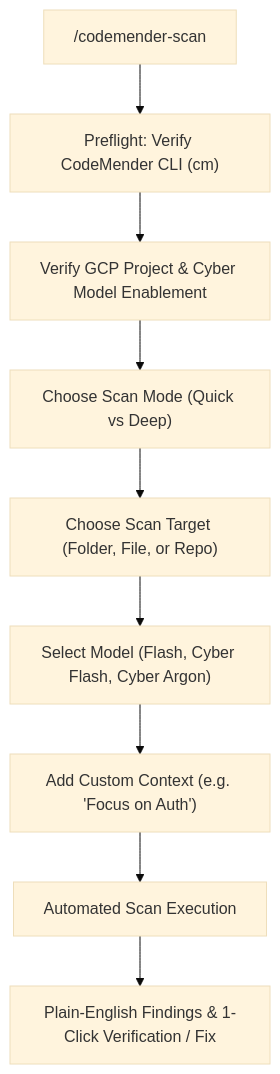
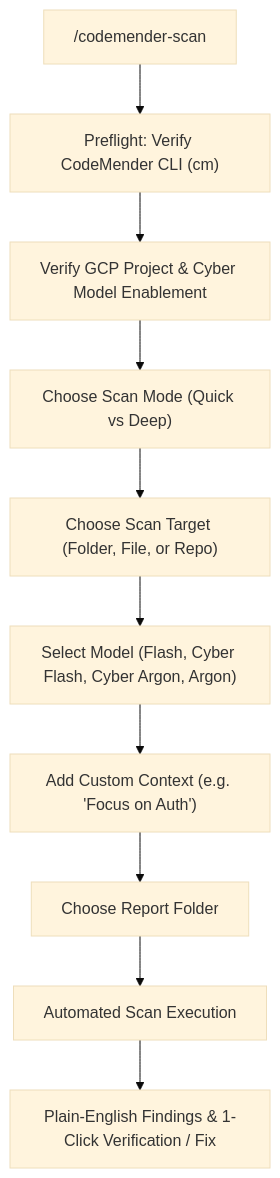
One commit to mikadevonshire-design/codemender-scan changed the diagram in README.md. Above: the diagram before and after it, drawn with Mermaid (base theme). The commit also changed other lines of this file and 1 other file, not shown here.

````diff
--- a/README.md
+++ b/README.md
@@ -34,11 +34,12 @@
 ```mermaid
 flowchart TD
     A["/codemender-scan"] --> B["Preflight: Verify CodeMender CLI (cm)"]
     B --> C["Verify GCP Project & Cyber Model Enablement"]
     C --> D["Choose Scan Mode (Quick vs Deep)"]
     D --> E["Choose Scan Target (Folder, File, or Repo)"]
-    E --> F["Select Model (Flash, Cyber Flash, Cyber Argon)"]
+    E --> F["Select Model (Flash, Cyber Flash, Cyber Argon, Argon)"]
     F --> G["Add Custom Context (e.g. 'Focus on Auth')"]
-    G --> H["Automated Scan Execution"]
+    G --> R["Choose Report Folder"]
+    R --> H["Automated Scan Execution"]
     H --> I["Plain-English Findings & 1-Click Verification / Fix"]
 ```
````
